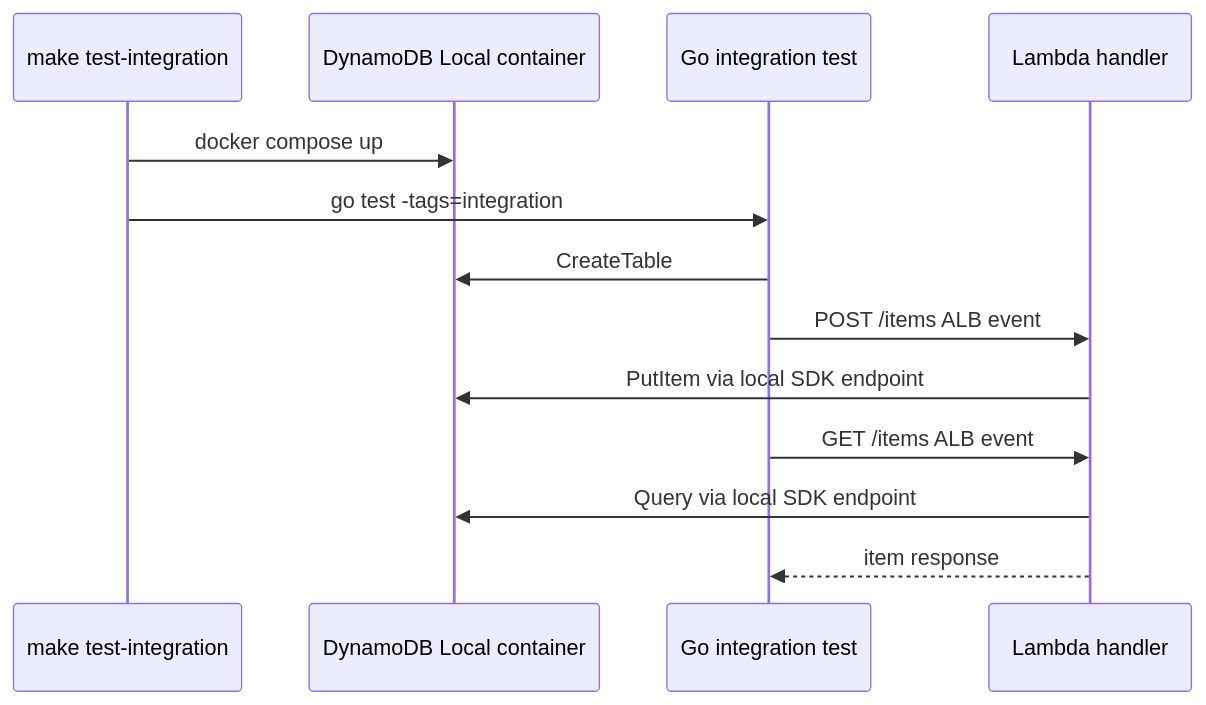
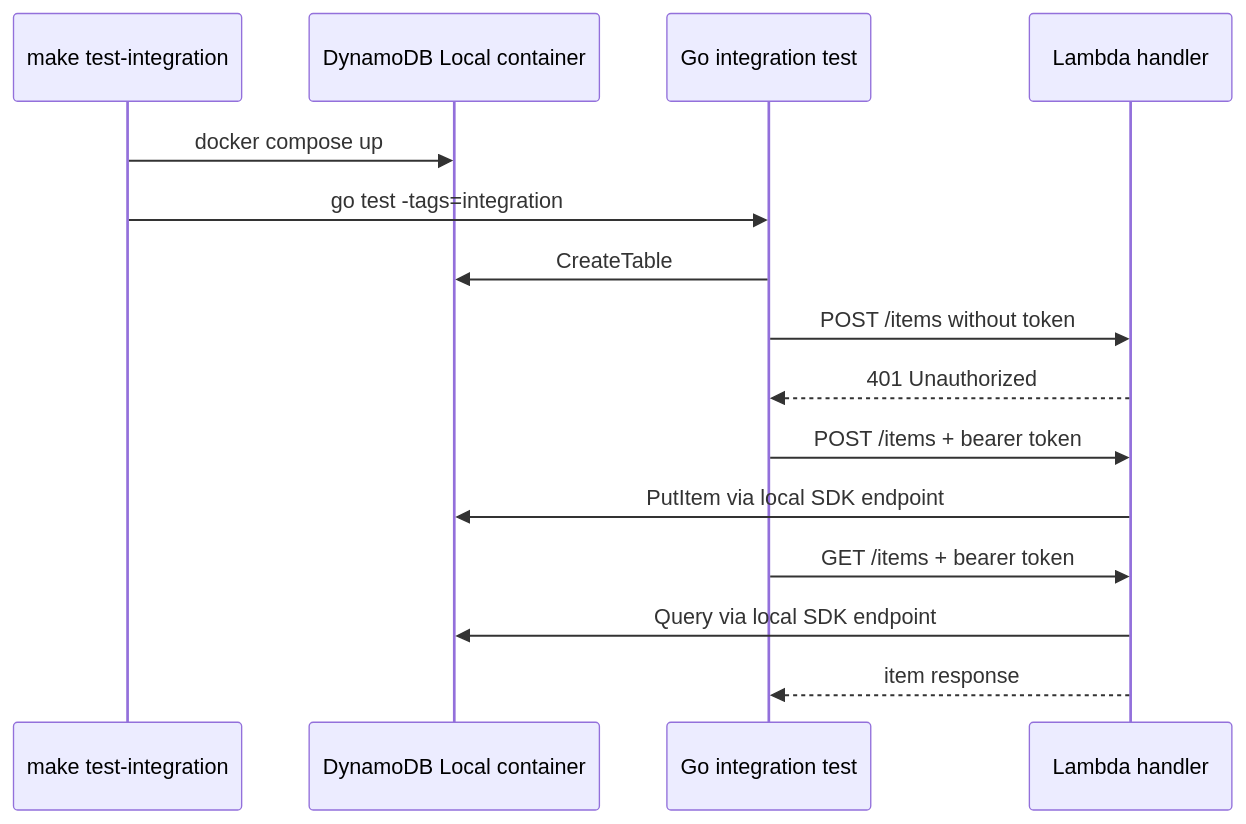
Before and after one commit to johnpfeiffer/multiregion: the third of 3 diagrams in architecture.md, drawn with Mermaid. The commit also changed other lines of this file and 7 other files, not shown here.

````diff
--- a/architecture.md
+++ b/architecture.md
@@ -65,16 +69,18 @@
 ```mermaid
 sequenceDiagram
     participant M as make test-integration
     participant C as DynamoDB Local container
     participant T as Go integration test
     participant L as Lambda handler
 
     M->>C: docker compose up
     M->>T: go test -tags=integration
     T->>C: CreateTable
-    T->>L: POST /items ALB event
+    T->>L: POST /items without token
+    L-->>T: 401 Unauthorized
+    T->>L: POST /items + bearer token
     L->>C: PutItem via local SDK endpoint
-    T->>L: GET /items ALB event
+    T->>L: GET /items + bearer token
     L->>C: Query via local SDK endpoint
     L-->>T: item response
 ```
````
